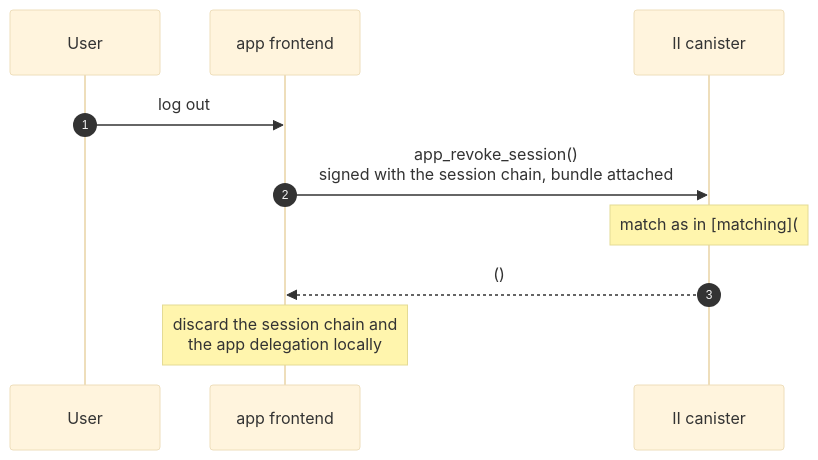
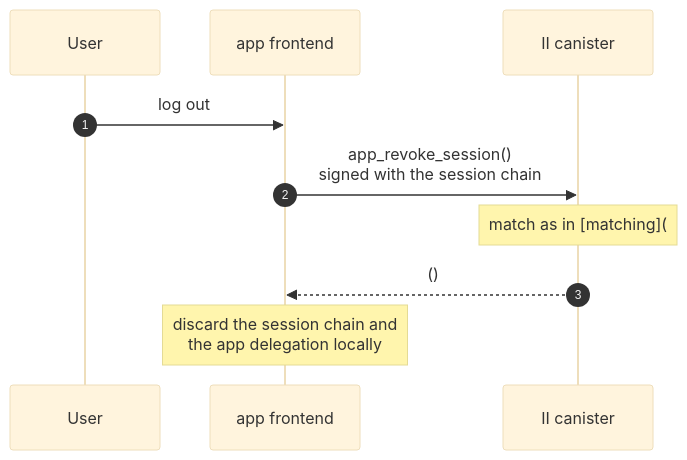
The sixth of 7 diagrams in docs/ongoing/revocable-app-sessions-spec.md (dfinity/internet-identity), drawn with Mermaid (base theme) before and after one commit. The commit also changed other lines of this file and 1 other file, not shown here.

````diff
--- a/docs/ongoing/revocable-app-sessions-spec.md
+++ b/docs/ongoing/revocable-app-sessions-spec.md
@@ -497,12 +675,12 @@
 ```mermaid
 sequenceDiagram
     autonumber
     participant User
     participant App as app frontend
     participant IIC as II canister
     User->>App: log out
-    App->>IIC: app_revoke_session()<br/>signed with the session chain, bundle attached
+    App->>IIC: app_revoke_session()<br/>signed with the session chain
     Note over IIC: match as in [matching](#matching), remove that record
     IIC-->>App: ()
     Note over App: discard the session chain and<br/>the app delegation locally
 ```
````
